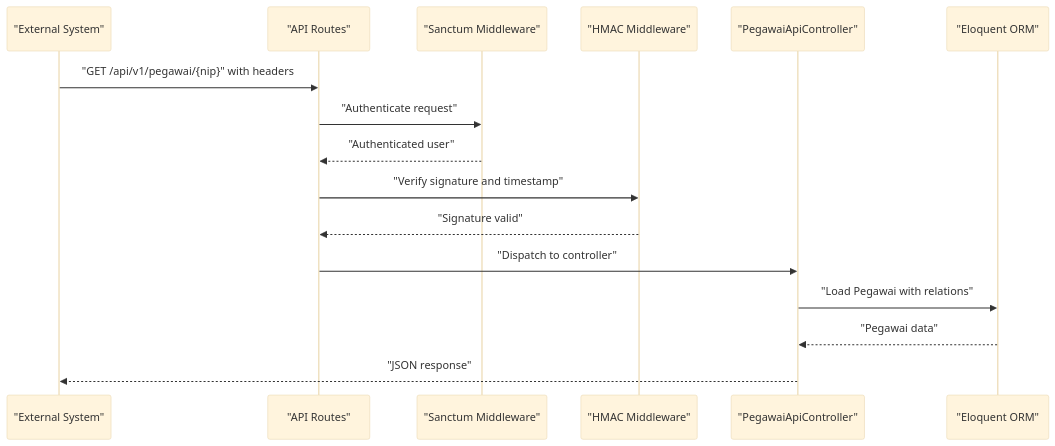
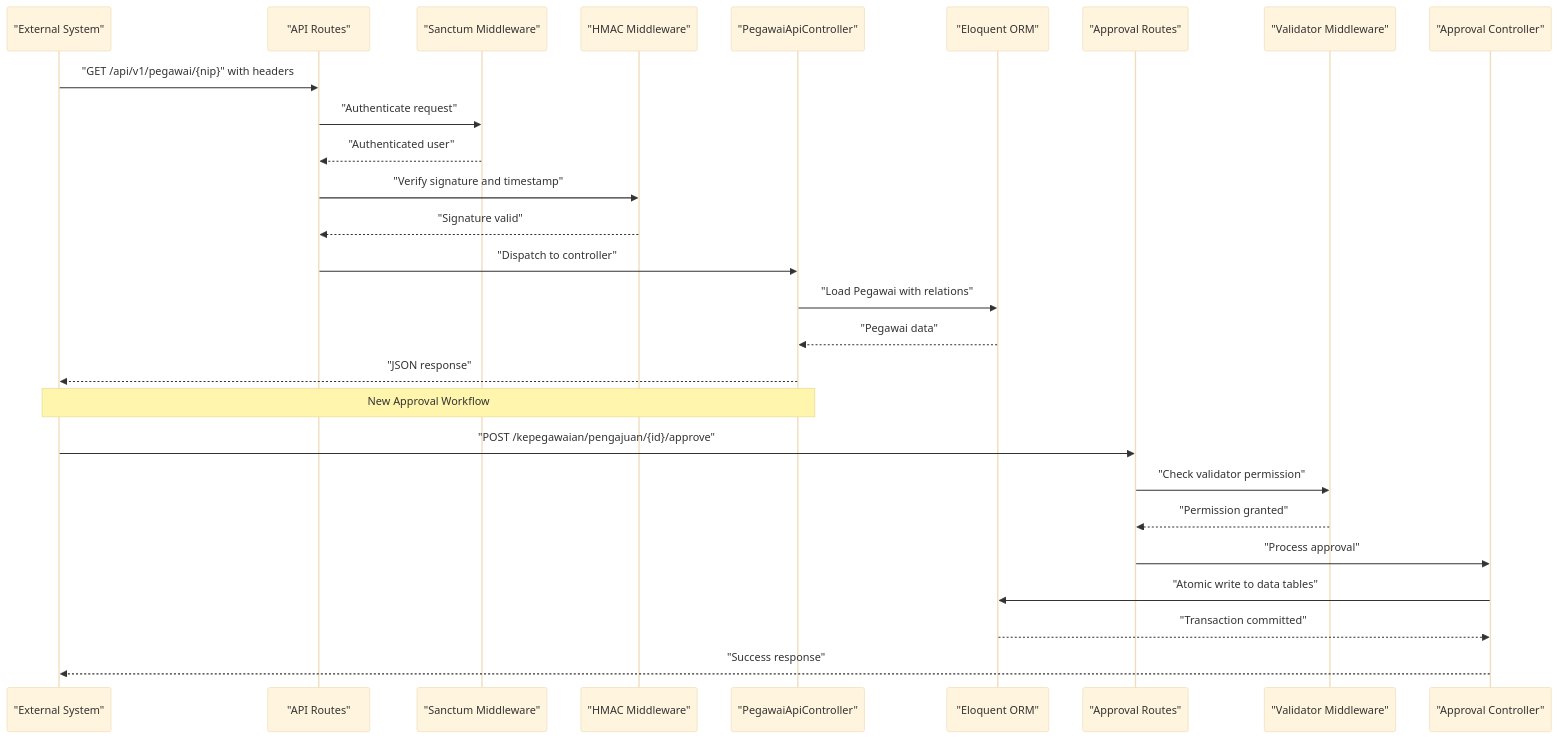
One commit to PA-Penajam/kepegawaian_apps changed the second of 10 diagrams in .qoder/repowiki/en/content/API Documentation/Employee Management API.md. Above: the diagram before and after it, drawn with Mermaid (base theme). The commit also changed other lines of this file and 4 other files, not shown here.

First line of the commit message:
feat(approval): add self-service data change approval workflow

````diff
--- a/.qoder/repowiki/en/content/API Documentation/Employee Management API.md
+++ b/.qoder/repowiki/en/content/API Documentation/Employee Management API.md
@@ -89,18 +117,29 @@
 ```mermaid
 sequenceDiagram
 participant Ext as "External System"
 participant API as "API Routes"
 participant Auth as "Sanctum Middleware"
 participant HMAC as "HMAC Middleware"
 participant Ctrl as "PegawaiApiController"
 participant DB as "Eloquent ORM"
 Ext->>API : "GET /api/v1/pegawai/{nip}" with headers
 API->>Auth : "Authenticate request"
 Auth-->>API : "Authenticated user"
 API->>HMAC : "Verify signature and timestamp"
 HMAC-->>API : "Signature valid"
 API->>Ctrl : "Dispatch to controller"
 Ctrl->>DB : "Load Pegawai with relations"
 DB-->>Ctrl : "Pegawai data"
 Ctrl-->>Ext : "JSON response"
+Note over Ext,Ctrl : New Approval Workflow
+participant ApprovalAPI as "Approval Routes"
+participant ApprovalAuth as "Validator Middleware"
+participant ApprovalCtrl as "Approval Controller"
+Ext->>ApprovalAPI : "POST /kepegawaian/pengajuan/{id}/approve"
+ApprovalAPI->>ApprovalAuth : "Check validator permission"
+ApprovalAuth-->>ApprovalAPI : "Permission granted"
+ApprovalAPI->>ApprovalCtrl : "Process approval"
+ApprovalCtrl->>DB : "Atomic write to data tables"
+DB-->>ApprovalCtrl : "Transaction committed"
+ApprovalCtrl-->>Ext : "Success response"
 ```
````
